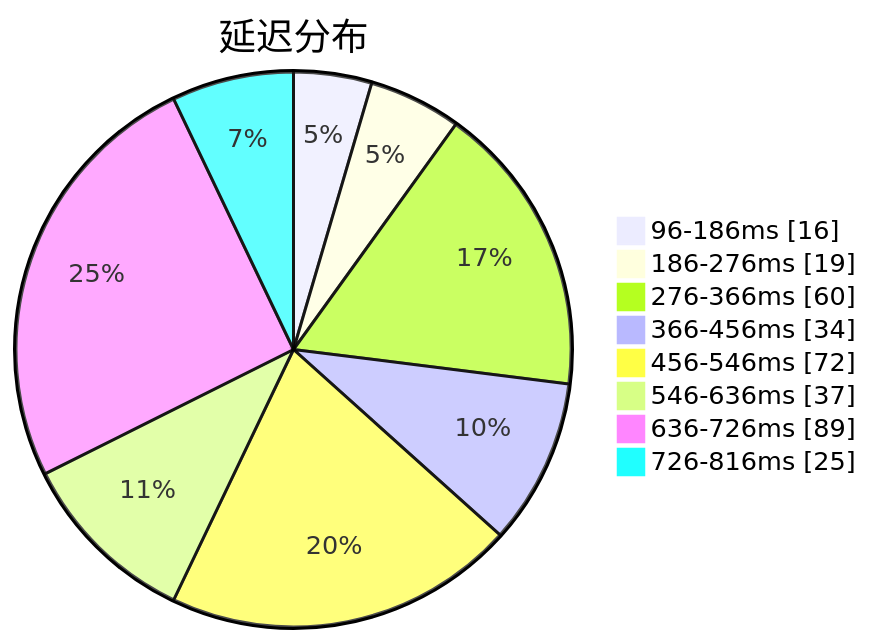
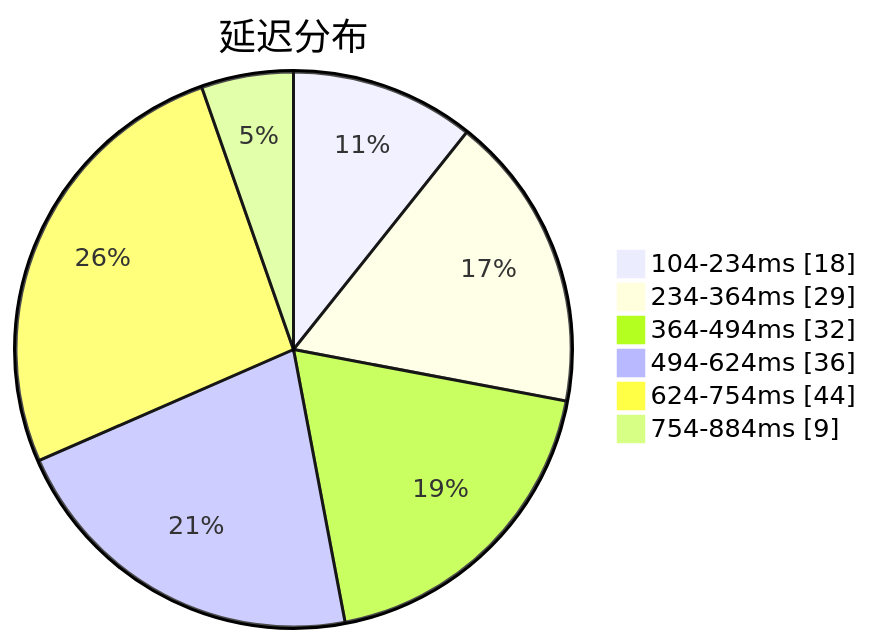
Before and after one commit to sinspired/airport: the first of 3 diagrams in subs/statistics/tested_within.md, drawn with Mermaid. The commit also changed other lines of this file and 2 other files, not shown here.

````diff
--- a/subs/statistics/tested_within.md
+++ b/subs/statistics/tested_within.md
@@ -2,12 +2,10 @@
 ```mermaid
 pie showData
 title 延迟分布
-"96-186ms" : 16
-"186-276ms" : 19
-"276-366ms" : 60
-"366-456ms" : 34
-"456-546ms" : 72
-"546-636ms" : 37
-"636-726ms" : 89
-"726-816ms" : 25
+"104-234ms" : 18
+"234-364ms" : 29
+"364-494ms" : 32
+"494-624ms" : 36
+"624-754ms" : 44
+"754-884ms" : 9
 ```
````
